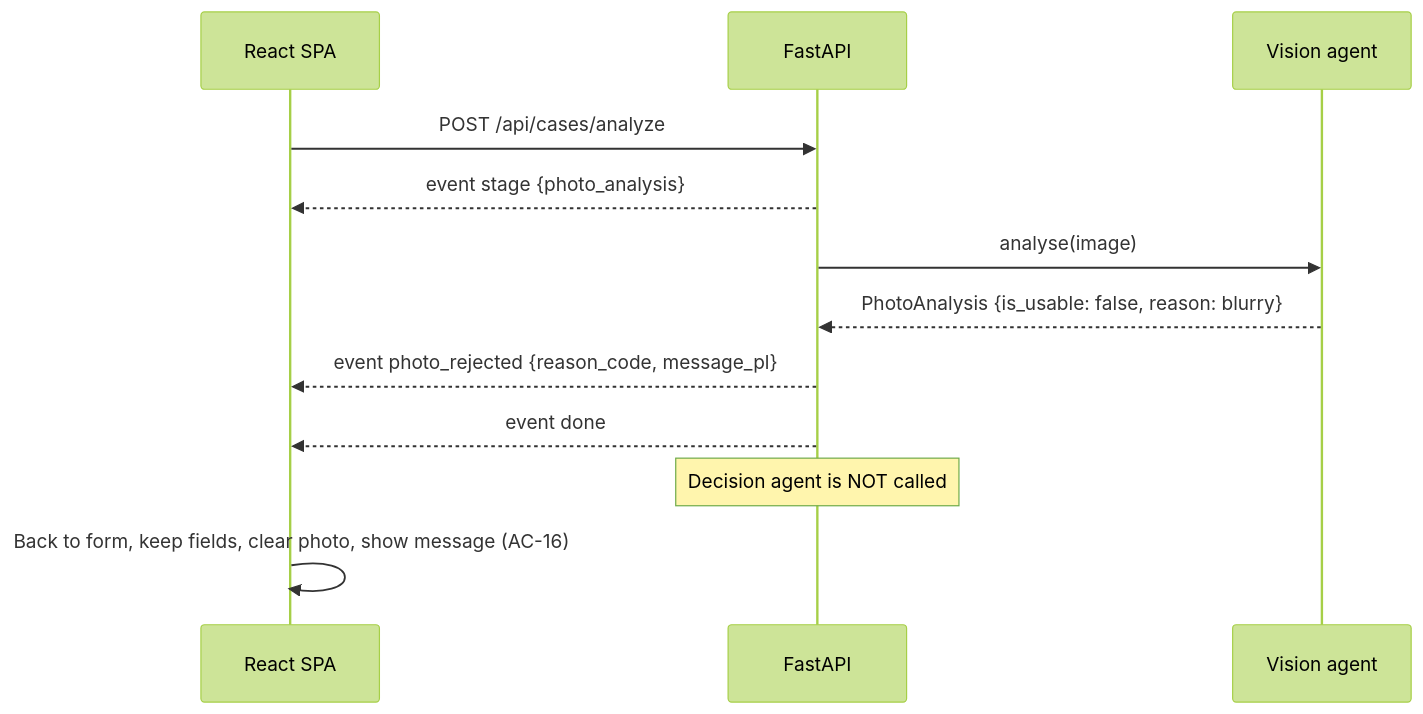
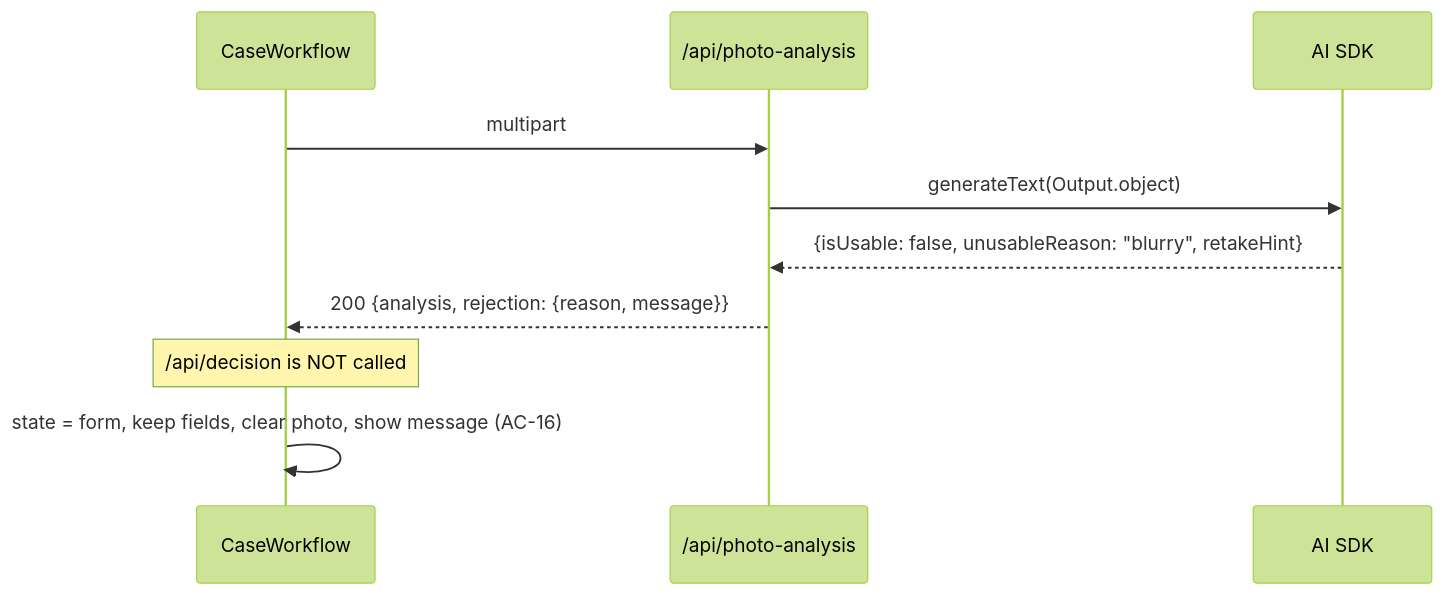
One commit to pawelpost4/sii-vibe-coding-2026-10 changed the fourth of 7 diagrams in docs/ADR/000-main-architecture.md. Above: the diagram before and after it, drawn with Mermaid (forest theme). The commit also changed other lines of this file and 6 other files, not shown here.

First line of the commit message:
Docs: second ADR - replace FastAPI ADRs with Next.js + AI SDK architecture

````diff
--- a/docs/ADR/000-main-architecture.md
+++ b/docs/ADR/000-main-architecture.md
@@ -408,14 +367,12 @@
 ```mermaid
 sequenceDiagram
-    participant UI as React SPA
-    participant API as FastAPI
-    participant VA as Vision agent
-    UI->>API: POST /api/cases/analyze
-    API-->>UI: event stage {photo_analysis}
-    API->>VA: analyse(image)
-    VA-->>API: PhotoAnalysis {is_usable: false, reason: blurry}
-    API-->>UI: event photo_rejected {reason_code, message_pl}
-    API-->>UI: event done
-    Note over API: Decision agent is NOT called
-    UI->>UI: Back to form, keep fields, clear photo, show message (AC-16)
+    participant UI as CaseWorkflow
+    participant PA as /api/photo-analysis
+    participant AI as AI SDK
+    UI->>PA: multipart
+    PA->>AI: generateText(Output.object)
+    AI-->>PA: {isUsable: false, unusableReason: "blurry", retakeHint}
+    PA-->>UI: 200 {analysis, rejection: {reason, message}}
+    Note over UI: /api/decision is NOT called
+    UI->>UI: state = form, keep fields, clear photo, show message (AC-16)
 ```
````
